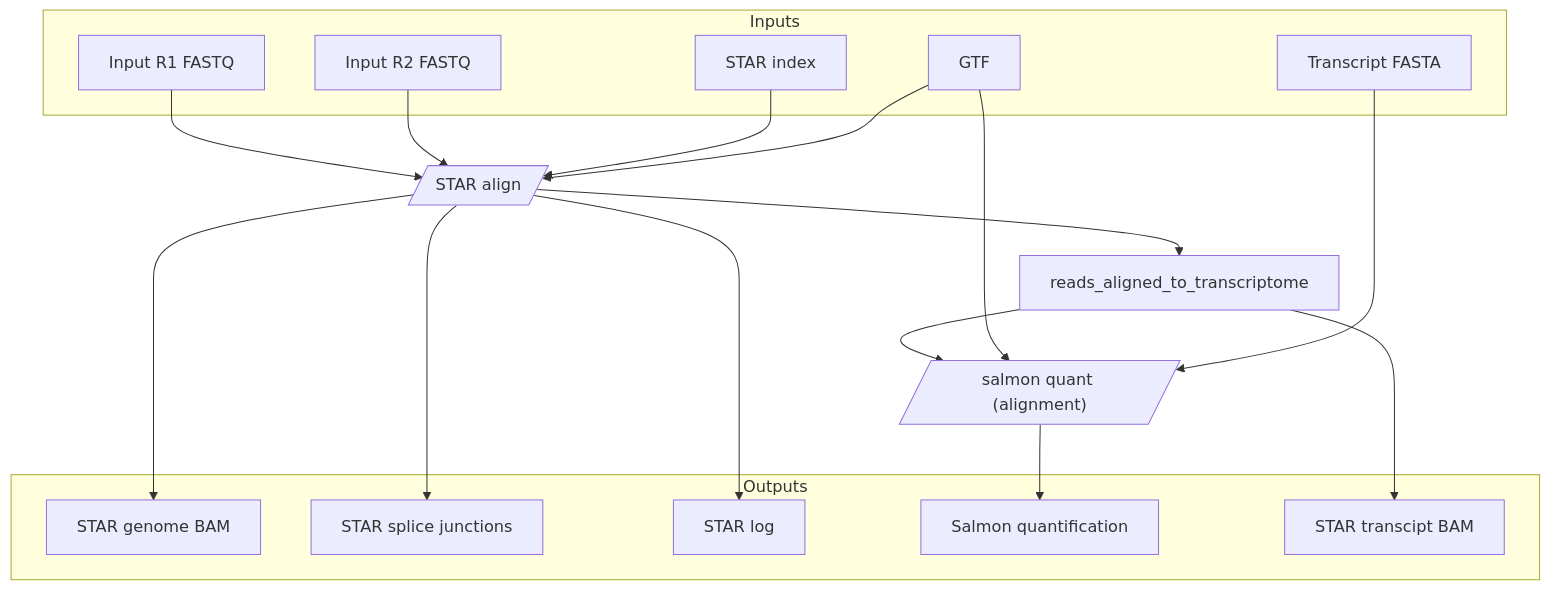
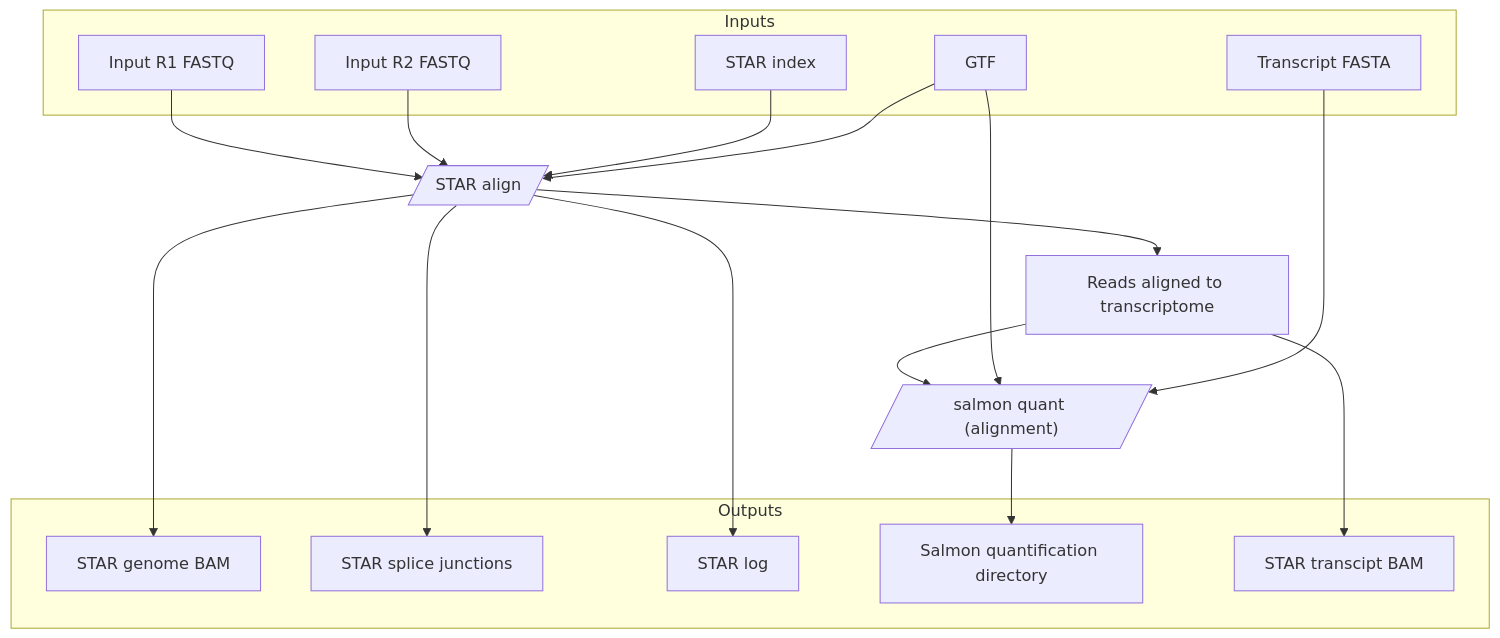
One commit to viash-hub/rnaseq changed the fourth of 4 diagrams in README.md. Above: the diagram before and after it, drawn with Mermaid. The commit also changed 1 other file, not shown here.

Commit message:
Minor fixes to alignment_quantification diagram

````diff
--- a/README.md
+++ b/README.md
@@ -148,31 +148,31 @@
 ``` mermaid
 flowchart TB
 
   subgraph inputs[Inputs]
     input_r1[Input R1 FASTQ]
     input_r2[Input R2 FASTQ]
     input_transcript_fasta[Transcript FASTA]
     input_gtf[GTF]
     input_star_genome_dir[STAR index]
   end
 
   input_r1 & input_r2 & input_star_genome_dir  & input_gtf -->
     star_align_reads[/STAR align/] -->
     output_star_bam_genome & reads_aligned_to_transcriptome & output_star_junctions & output_star_log
 
-  reads_aligned_to_transcriptome & input_gtf & input_transcript_fasta -->
+  reads_aligned_to_transcriptome[Reads aligned to transcriptome] & input_gtf & input_transcript_fasta -->
     salmon_quant_alignment[/"salmon quant (alignment)"/]  -->
     output_salmon
 
   reads_aligned_to_transcriptome --> output_star_bam_transcriptome
 
   subgraph outputs[Outputs]
     output_star_bam_genome[STAR genome BAM]
     output_star_junctions[STAR splice junctions]
     output_star_log[STAR log]
     output_star_bam_transcriptome[STAR transcipt BAM]
-    output_salmon[Salmon quantification]
+    output_salmon[Salmon quantification directory]
   end
 
   classDef info stroke-dasharray: 4 4
 ```
````
